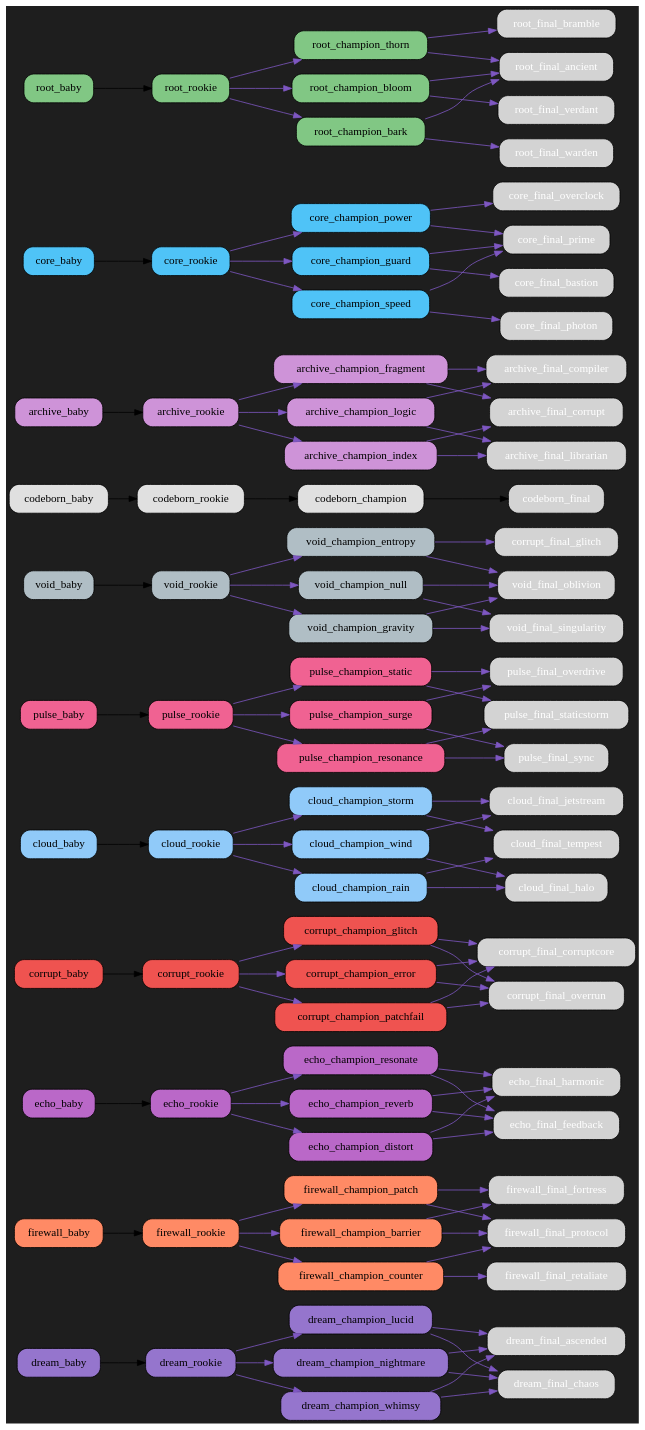
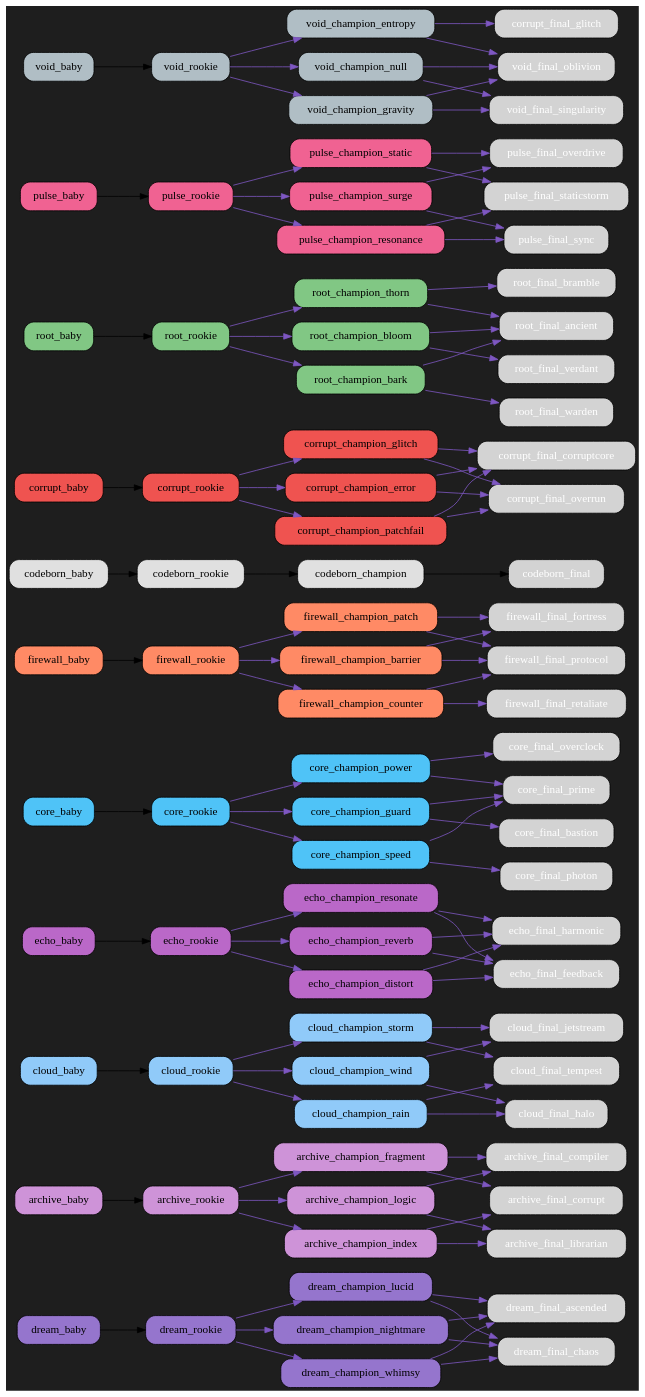
Before and after one commit to bwlight/NetGrid: the diagram in src/netgrid/systems/evolution/graphs/dark/evolution_graph_dark.dot, drawn with Graphviz. The commit also changed other lines of this file and 8 other files, not shown here.

Commit message:
Auto-update evolution graphs

```diff
--- a/src/netgrid/systems/evolution/graphs/dark/evolution_graph_dark.dot
+++ b/src/netgrid/systems/evolution/graphs/dark/evolution_graph_dark.dot
@@ -17,6 +17,66 @@
   "dream_champion_whimsy" [fillcolor="#9575cd", fontcolor="black"];
   "dream_champion_whimsy" -> "dream_final_ascended" [color="#7e57c2"];
   "dream_champion_whimsy" -> "dream_final_chaos" [color="#7e57c2"];
+  "archive_baby" [fillcolor="#ce93d8", fontcolor="black"];
+  "archive_baby" -> "archive_rookie";
+  "archive_rookie" [fillcolor="#ce93d8", fontcolor="black"];
+  "archive_rookie" -> "archive_champion_logic" [color="#7e57c2"];
+  "archive_rookie" -> "archive_champion_index" [color="#7e57c2"];
+  "archive_rookie" -> "archive_champion_fragment" [color="#7e57c2"];
+  "archive_champion_logic" [fillcolor="#ce93d8", fontcolor="black"];
+  "archive_champion_logic" -> "archive_final_compiler" [color="#7e57c2"];
+  "archive_champion_logic" -> "archive_final_librarian" [color="#7e57c2"];
+  "archive_champion_index" [fillcolor="#ce93d8", fontcolor="black"];
+  "archive_champion_index" -> "archive_final_librarian" [color="#7e57c2"];
+  "archive_champion_index" -> "archive_final_corrupt" [color="#7e57c2"];
+  "archive_champion_fragment" [fillcolor="#ce93d8", fontcolor="black"];
+  "archive_champion_fragment" -> "archive_final_corrupt" [color="#7e57c2"];
+  "archive_champion_fragment" -> "archive_final_compiler" [color="#7e57c2"];
+  "cloud_baby" [fillcolor="#90caf9", fontcolor="black"];
+  "cloud_baby" -> "cloud_rookie";
+  "cloud_rookie" [fillcolor="#90caf9", fontcolor="black"];
+  "cloud_rookie" -> "cloud_champion_wind" [color="#7e57c2"];
+  "cloud_rookie" -> "cloud_champion_rain" [color="#7e57c2"];
+  "cloud_rookie" -> "cloud_champion_storm" [color="#7e57c2"];
+  "cloud_champion_wind" [fillcolor="#90caf9", fontcolor="black"];
+  "cloud_champion_wind" -> "cloud_final_jetstream" [color="#7e57c2"];
+  "cloud_champion_wind" -> "cloud_final_halo" [color="#7e57c2"];
+  "cloud_champion_rain" [fillcolor="#90caf9", fontcolor="black"];
+  "cloud_champion_rain" -> "cloud_final_halo" [color="#7e57c2"];
+  "cloud_champion_rain" -> "cloud_final_tempest" [color="#7e57c2"];
+  "cloud_champion_storm" [fillcolor="#90caf9", fontcolor="black"];
+  "cloud_champion_storm" -> "cloud_final_tempest" [color="#7e57c2"];
+  "cloud_champion_storm" -> "cloud_final_jetstream" [color="#7e57c2"];
+  "echo_baby" [fillcolor="#ba68c8", fontcolor="black"];
+  "echo_baby" -> "echo_rookie";
+  "echo_rookie" [fillcolor="#ba68c8", fontcolor="black"];
+  "echo_rookie" -> "echo_champion_resonate" [color="#7e57c2"];
+  "echo_rookie" -> "echo_champion_reverb" [color="#7e57c2"];
+  "echo_rookie" -> "echo_champion_distort" [color="#7e57c2"];
+  "echo_champion_resonate" [fillcolor="#ba68c8", fontcolor="black"];
+  "echo_champion_resonate" -> "echo_final_harmonic" [color="#7e57c2"];
+  "echo_champion_resonate" -> "echo_final_feedback" [color="#7e57c2"];
+  "echo_champion_reverb" [fillcolor="#ba68c8", fontcolor="black"];
+  "echo_champion_reverb" -> "echo_final_feedback" [color="#7e57c2"];
+  "echo_champion_reverb" -> "echo_final_harmonic" [color="#7e57c2"];
+  "echo_champion_distort" [fillcolor="#ba68c8", fontcolor="black"];
+  "echo_champion_distort" -> "echo_final_feedback" [color="#7e57c2"];
+  "echo_champion_distort" -> "echo_final_harmonic" [color="#7e57c2"];
+  "core_baby" [fillcolor="#4fc3f7", fontcolor="black"];
+  "core_baby" -> "core_rookie";
+  "core_rookie" [fillcolor="#4fc3f7", fontcolor="black"];
+  "core_rookie" -> "core_champion_power" [color="#7e57c2"];
+  "core_rookie" -> "core_champion_guard" [color="#7e57c2"];
+  "core_rookie" -> "core_champion_speed" [color="#7e57c2"];
+  "core_champion_power" [fillcolor="#4fc3f7", fontcolor="black"];
+  "core_champion_power" -> "core_final_overclock" [color="#7e57c2"];
+  "core_champion_power" -> "core_final_prime" [color="#7e57c2"];
+  "core_champion_guard" [fillcolor="#4fc3f7", fontcolor="black"];
+  "core_champion_guard" -> "core_final_bastion" [color="#7e57c2"];
+  "core_champion_guard" -> "core_final_prime" [color="#7e57c2"];
+  "core_champion_speed" [fillcolor="#4fc3f7", fontcolor="black"];
+  "core_champion_speed" -> "core_final_photon" [color="#7e57c2"];
+  "core_champion_speed" -> "core_final_prime" [color="#7e57c2"];
   "firewall_baby" [fillcolor="#ff8a65", fontcolor="black"];
   "firewall_baby" -> "firewall_rookie";
   "firewall_rookie" [fillcolor="#ff8a65", fontcolor="black"];
@@ -32,21 +92,12 @@
   "firewall_champion_patch" [fillcolor="#ff8a65", fontcolor="black"];
   "firewall_champion_patch" -> "firewall_final_protocol" [color="#7e57c2"];
   "firewall_champion_patch" -> "firewall_final_fortress" [color="#7e57c2"];
-  "echo_baby" [fillcolor="#ba68c8", fontcolor="black"];
-  "echo_baby" -> "echo_rookie";
-  "echo_rookie" [fillcolor="#ba68c8", fontcolor="black"];
-  "echo_rookie" -> "echo_champion_resonate" [color="#7e57c2"];
-  "echo_rookie" -> "echo_champion_reverb" [color="#7e57c2"];
-  "echo_rookie" -> "echo_champion_distort" [color="#7e57c2"];
-  "echo_champion_resonate" [fillcolor="#ba68c8", fontcolor="black"];
-  "echo_champion_resonate" -> "echo_final_harmonic" [color="#7e57c2"];
-  "echo_champion_resonate" -> "echo_final_feedback" [color="#7e57c2"];
-  "echo_champion_reverb" [fillcolor="#ba68c8", fontcolor="black"];
-  "echo_champion_reverb" -> "echo_final_feedback" [color="#7e57c2"];
-  "echo_champion_reverb" -> "echo_final_harmonic" [color="#7e57c2"];
-  "echo_champion_distort" [fillcolor="#ba68c8", fontcolor="black"];
-  "echo_champion_distort" -> "echo_final_feedback" [color="#7e57c2"];
-  "echo_champion_distort" -> "echo_final_harmonic" [color="#7e57c2"];
+  "codeborn_baby" [fillcolor="#e0e0e0", fontcolor="black"];
+  "codeborn_baby" -> "codeborn_rookie";
+  "codeborn_rookie" [fillcolor="#e0e0e0", fontcolor="black"];
+  "codeborn_rookie" -> "codeborn_champion";
+  "codeborn_champion" [fillcolor="#e0e0e0", fontcolor="black"];
+  "codeborn_champion" -> "codeborn_final";
   "corrupt_baby" [fillcolor="#ef5350", fontcolor="black"];
   "corrupt_baby" -> "corrupt_rookie";
   "corrupt_rookie" [fillcolor="#ef5350", fontcolor="black"];
@@ -62,21 +113,21 @@
   "corrupt_champion_patchfail" [fillcolor="#ef5350", fontcolor="black"];
   "corrupt_champion_patchfail" -> "corrupt_final_corruptcore" [color="#7e57c2"];
   "corrupt_champion_patchfail" -> "corrupt_final_overrun" [color="#7e57c2"];
-  "cloud_baby" [fillcolor="#90caf9", fontcolor="black"];
-  "cloud_baby" -> "cloud_rookie";
-  "cloud_rookie" [fillcolor="#90caf9", fontcolor="black"];
-  "cloud_rookie" -> "cloud_champion_wind" [color="#7e57c2"];
-  "cloud_rookie" -> "cloud_champion_rain" [color="#7e57c2"];
-  "cloud_rookie" -> "cloud_champion_storm" [color="#7e57c2"];
-  "cloud_champion_wind" [fillcolor="#90caf9", fontcolor="black"];
-  "cloud_champion_wind" -> "cloud_final_jetstream" [color="#7e57c2"];
-  "cloud_champion_wind" -> "cloud_final_halo" [color="#7e57c2"];
-  "cloud_champion_rain" [fillcolor="#90caf9", fontcolor="black"];
-  "cloud_champion_rain" -> "cloud_final_halo" [color="#7e57c2"];
-  "cloud_champion_rain" -> "cloud_final_tempest" [color="#7e57c2"];
-  "cloud_champion_storm" [fillcolor="#90caf9", fontcolor="black"];
-  "cloud_champion_storm" -> "cloud_final_tempest" [color="#7e57c2"];
-  "cloud_champion_storm" -> "cloud_final_jetstream" [color="#7e57c2"];
+  "root_baby" [fillcolor="#81c784", fontcolor="black"];
+  "root_baby" -> "root_rookie";
+  "root_rookie" [fillcolor="#81c784", fontcolor="black"];
+  "root_rookie" -> "root_champion_thorn" [color="#7e57c2"];
+  "root_rookie" -> "root_champion_bloom" [color="#7e57c2"];
+  "root_rookie" -> "root_champion_bark" [color="#7e57c2"];
+  "root_champion_thorn" [fillcolor="#81c784", fontcolor="black"];
+  "root_champion_thorn" -> "root_final_bramble" [color="#7e57c2"];
+  "root_champion_thorn" -> "root_final_ancient" [color="#7e57c2"];
+  "root_champion_bloom" [fillcolor="#81c784", fontcolor="black"];
+  "root_champion_bloom" -> "root_final_ancient" [color="#7e57c2"];
+  "root_champion_bloom" -> "root_final_verdant" [color="#7e57c2"];
+  "root_champion_bark" [fillcolor="#81c784", fontcolor="black"];
+  "root_champion_bark" -> "root_final_warden" [color="#7e57c2"];
+  "root_champion_bark" -> "root_final_ancient" [color="#7e57c2"];
   "pulse_baby" [fillcolor="#f06292", fontcolor="black"];
   "pulse_baby" -> "pulse_rookie";
   "pulse_rookie" [fillcolor="#f06292", fontcolor="black"];
@@ -107,55 +158,4 @@
   "void_champion_null" [fillcolor="#b0bec5", fontcolor="black"];
   "void_champion_null" -> "void_final_oblivion" [color="#7e57c2"];
   "void_champion_null" -> "void_final_singularity" [color="#7e57c2"];
-  "codeborn_baby" [fillcolor="#e0e0e0", fontcolor="black"];
-  "codeborn_baby" -> "codeborn_rookie";
-  "codeborn_rookie" [fillcolor="#e0e0e0", fontcolor="black"];
-  "codeborn_rookie" -> "codeborn_champion";
-  "codeborn_champion" [fillcolor="#e0e0e0", fontcolor="black"];
-  "codeborn_champion" -> "codeborn_final";
-  "archive_baby" [fillcolor="#ce93d8", fontcolor="black"];
-  "archive_baby" -> "archive_rookie";
-  "archive_rookie" [fillcolor="#ce93d8", fontcolor="black"];
-  "archive_rookie" -> "archive_champion_logic" [color="#7e57c2"];
-  "archive_rookie" -> "archive_champion_index" [color="#7e57c2"];
-  "archive_rookie" -> "archive_champion_fragment" [color="#7e57c2"];
-  "archive_champion_logic" [fillcolor="#ce93d8", fontcolor="black"];
-  "archive_champion_logic" -> "archive_final_compiler" [color="#7e57c2"];
-  "archive_champion_logic" -> "archive_final_librarian" [color="#7e57c2"];
-  "archive_champion_index" [fillcolor="#ce93d8", fontcolor="black"];
-  "archive_champion_index" -> "archive_final_librarian" [color="#7e57c2"];
-  "archive_champion_index" -> "archive_final_corrupt" [color="#7e57c2"];
-  "archive_champion_fragment" [fillcolor="#ce93d8", fontcolor="black"];
-  "archive_champion_fragment" -> "archive_final_corrupt" [color="#7e57c2"];
-  "archive_champion_fragment" -> "archive_final_compiler" [color="#7e57c2"];
-  "core_baby" [fillcolor="#4fc3f7", fontcolor="black"];
-  "core_baby" -> "core_rookie";
-  "core_rookie" [fillcolor="#4fc3f7", fontcolor="black"];
-  "core_rookie" -> "core_champion_power" [color="#7e57c2"];
-  "core_rookie" -> "core_champion_guard" [color="#7e57c2"];
-  "core_rookie" -> "core_champion_speed" [color="#7e57c2"];
-  "core_champion_power" [fillcolor="#4fc3f7", fontcolor="black"];
-  "core_champion_power" -> "core_final_overclock" [color="#7e57c2"];
-  "core_champion_power" -> "core_final_prime" [color="#7e57c2"];
-  "core_champion_guard" [fillcolor="#4fc3f7", fontcolor="black"];
-  "core_champion_guard" -> "core_final_bastion" [color="#7e57c2"];
-  "core_champion_guard" -> "core_final_prime" [color="#7e57c2"];
-  "core_champion_speed" [fillcolor="#4fc3f7", fontcolor="black"];
-  "core_champion_speed" -> "core_final_photon" [color="#7e57c2"];
-  "core_champion_speed" -> "core_final_prime" [color="#7e57c2"];
-  "root_baby" [fillcolor="#81c784", fontcolor="black"];
-  "root_baby" -> "root_rookie";
-  "root_rookie" [fillcolor="#81c784", fontcolor="black"];
-  "root_rookie" -> "root_champion_thorn" [color="#7e57c2"];
-  "root_rookie" -> "root_champion_bloom" [color="#7e57c2"];
-  "root_rookie" -> "root_champion_bark" [color="#7e57c2"];
-  "root_champion_thorn" [fillcolor="#81c784", fontcolor="black"];
-  "root_champion_thorn" -> "root_final_bramble" [color="#7e57c2"];
-  "root_champion_thorn" -> "root_final_ancient" [color="#7e57c2"];
-  "root_champion_bloom" [fillcolor="#81c784", fontcolor="black"];
-  "root_champion_bloom" -> "root_final_ancient" [color="#7e57c2"];
-  "root_champion_bloom" -> "root_final_verdant" [color="#7e57c2"];
-  "root_champion_bark" [fillcolor="#81c784", fontcolor="black"];
-  "root_champion_bark" -> "root_final_warden" [color="#7e57c2"];
-  "root_champion_bark" -> "root_final_ancient" [color="#7e57c2"];
 }
```
